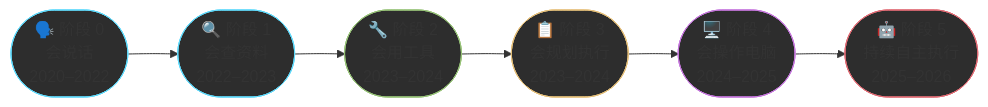
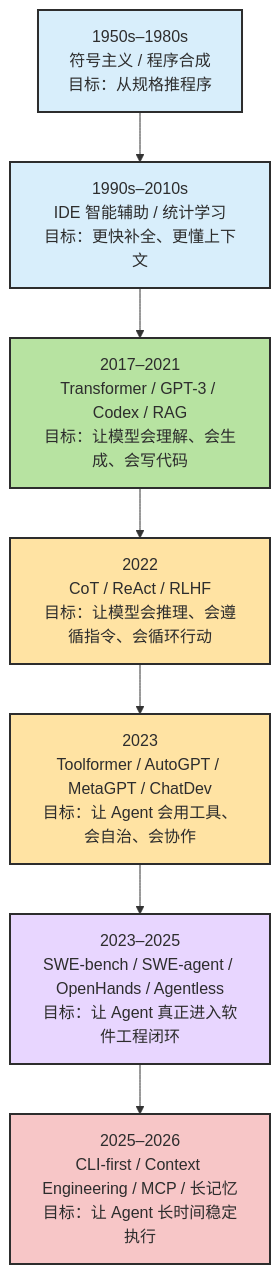
Before and after one commit to zht043/AgenticCodingTutorial: the first of 4 diagrams in docs/chapters/ch13-history.md, drawn with Mermaid. The commit also changed other lines of this file and 26 other files, not shown here.

````diff
--- a/docs/chapters/ch13-history.md
+++ b/docs/chapters/ch13-history.md
@@ -20,15 +31,17 @@
 ```mermaid
-flowchart LR
-    S0(["🗣️ 阶段 0<br/>会说话<br/>2020–2022"]) --> S1(["🔍 阶段 1<br/>会查资料<br/>2022–2023"])
-    S1 --> S2(["🔧 阶段 2<br/>会用工具<br/>2023–2024"])
-    S2 --> S3(["📋 阶段 3<br/>会规划执行<br/>2023–2024"])
-    S3 --> S4(["🖥️ 阶段 4<br/>会操作电脑<br/>2024–2025"])
-    S4 --> S5(["🤖 阶段 5<br/>持续自主执行<br/>2025–2026"])
+flowchart TD
+    A["1950s–1980s<br/>符号主义 / 程序合成<br/>目标：从规格推程序"] --> B["1990s–2010s<br/>IDE 智能辅助 / 统计学习<br/>目标：更快补全、更懂上下文"]
+    B --> C["2017–2021<br/>Transformer / GPT-3 / Codex / RAG<br/>目标：让模型会理解、会生成、会写代码"]
+    C --> D["2022<br/>CoT / ReAct / RLHF<br/>目标：让模型会推理、会遵循指令、会循环行动"]
+    D --> E["2023<br/>Toolformer / AutoGPT / MetaGPT / ChatDev<br/>目标：让 Agent 会用工具、会自治、会协作"]
+    E --> F["2023–2025<br/>SWE-bench / SWE-agent / OpenHands / Agentless<br/>目标：让 Agent 真正进入软件工程闭环"]
+    F --> G["2025–2026<br/>CLI-first / Context Engineering / MCP / 长记忆<br/>目标：让 Agent 长时间稳定执行"]
 
-    style S0 fill:#2d2d2d,stroke:#61dafb
-    style S1 fill:#2d2d2d,stroke:#61dafb
-    style S2 fill:#2d2d2d,stroke:#98c379
-    style S3 fill:#2d2d2d,stroke:#e5c07b
-    style S4 fill:#2d2d2d,stroke:#c678dd
-    style S5 fill:#2d2d2d,stroke:#e06c75
+    style A fill:#d8eefb,stroke:#2d2d2d,stroke-width:2px,color:#2d2d2d
+    style B fill:#d8eefb,stroke:#2d2d2d,stroke-width:2px,color:#2d2d2d
+    style C fill:#b7e3a1,stroke:#2d2d2d,stroke-width:2px,color:#2d2d2d
+    style D fill:#ffe3a3,stroke:#2d2d2d,stroke-width:2px,color:#2d2d2d
+    style E fill:#ffe3a3,stroke:#2d2d2d,stroke-width:2px,color:#2d2d2d
+    style F fill:#e8d6ff,stroke:#2d2d2d,stroke-width:2px,color:#2d2d2d
+    style G fill:#f7c6c7,stroke:#2d2d2d,stroke-width:2px,color:#2d2d2d
 ```
````
